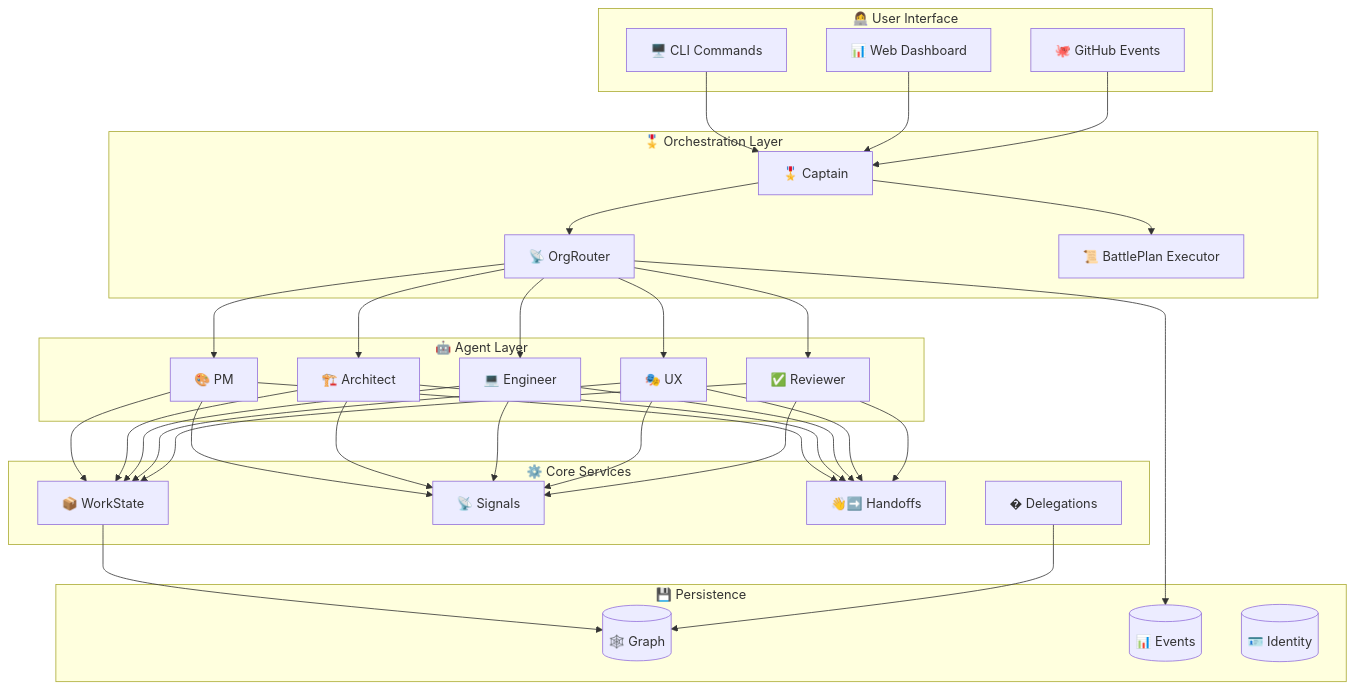
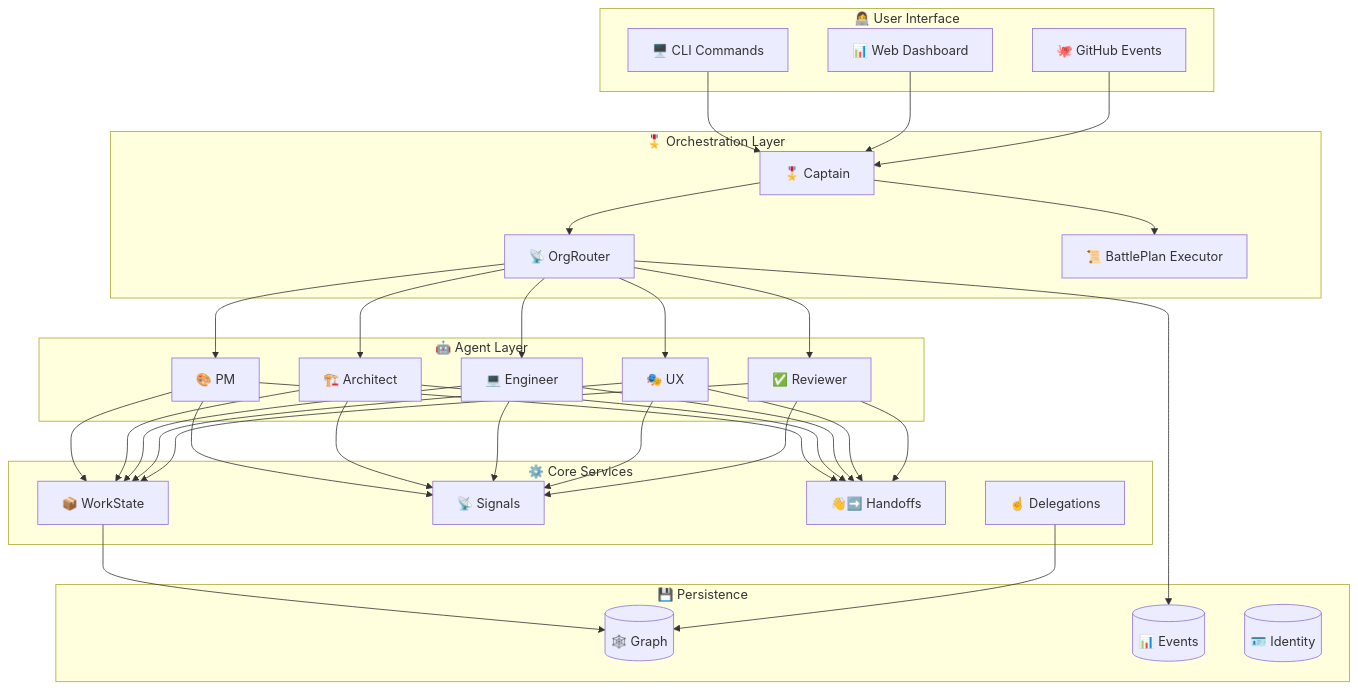
Before and after one commit to jnPiyush/AI-Squad: the seventh of 7 diagrams in README.md, drawn with Mermaid. The commit also changed other lines of this file, not shown here.

````diff
--- a/README.md
+++ b/README.md
@@ -530,43 +530,43 @@
 ```mermaid
 graph TB
     subgraph "👩‍💻 User Interface"
         CLI["🖥️ CLI Commands"]
         Dashboard["📊 Web Dashboard"]
         GH["🐙 GitHub Events"]
     end
     
     subgraph "🎖️ Orchestration Layer"
         Captain["🎖️ Captain"]
         Router["📡 OrgRouter"]
         BPE["📜 BattlePlan Executor"]
     end
     
     subgraph "🤖 Agent Layer"
         PM["🎨 PM"]
         Arch["🏗️ Architect"]
         Eng["💻 Engineer"]
         UX["🎭 UX"]
         Rev["✅ Reviewer"]
     end
     
     subgraph "⚙️ Core Services"
         WS["📦 WorkState"]
         Signal["📡 Signals"]
         Handoff["👋➡️ Handoffs"]
-        Del["� Delegations"]
+        Del["☝️ Delegations"]
     end
     
     subgraph "💾 Persistence"
         Graph[("🕸️ Graph")]
         Events[("📊 Events")]
         Identity[("🪪 Identity")]
     end
     
     CLI & Dashboard & GH --> Captain
     Captain --> Router --> PM & Arch & Eng & UX & Rev
     Captain --> BPE
     PM & Arch & Eng & UX & Rev --> WS & Signal & Handoff
     WS --> Graph
     Del --> Graph
     Router --> Events
 ```
````
